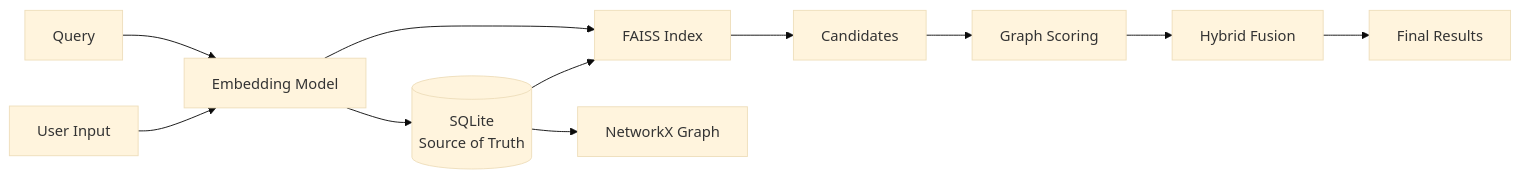
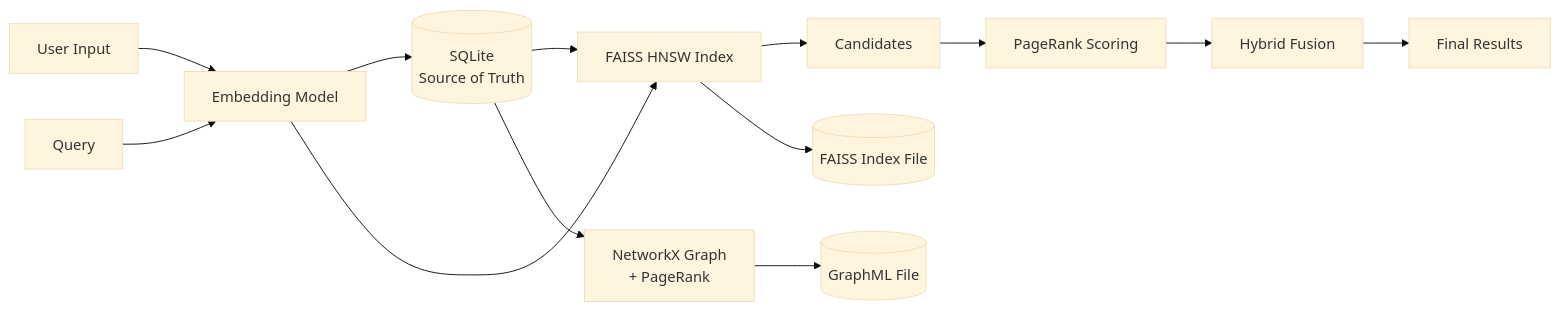
One commit to shivansh023023/SageDB changed the diagram in README.md. Above: the diagram before and after it, drawn with Mermaid (base theme). The commit also changed other lines of this file and 5 other files, not shown here.

First line of the commit message:
feat(scalability): HNSW index, PageRank centrality, GraphML persistence

````diff
--- a/README.md
+++ b/README.md
@@ -56,14 +95,17 @@
 ```mermaid
 graph LR
     User[User Input] --> Embed[Embedding Model]
     Embed --> SQLite[(SQLite\nSource of Truth)]
-    SQLite --> FAISS[FAISS Index]
-    SQLite --> Graph[NetworkX Graph]
-    
+    SQLite --> FAISS[FAISS HNSW Index]
+    SQLite --> Graph[NetworkX Graph\n+ PageRank]
+
     Query[Query] --> Embed
     Embed --> FAISS
     FAISS --> Candidates[Candidates]
-    Candidates --> GraphScoring[Graph Scoring]
+    Candidates --> GraphScoring[PageRank Scoring]
     GraphScoring --> Fusion[Hybrid Fusion]
     Fusion --> Results[Final Results]
+
+    Graph --> GraphML[(GraphML File)]
+    FAISS --> Index[(FAISS Index File)]
 ```
````
